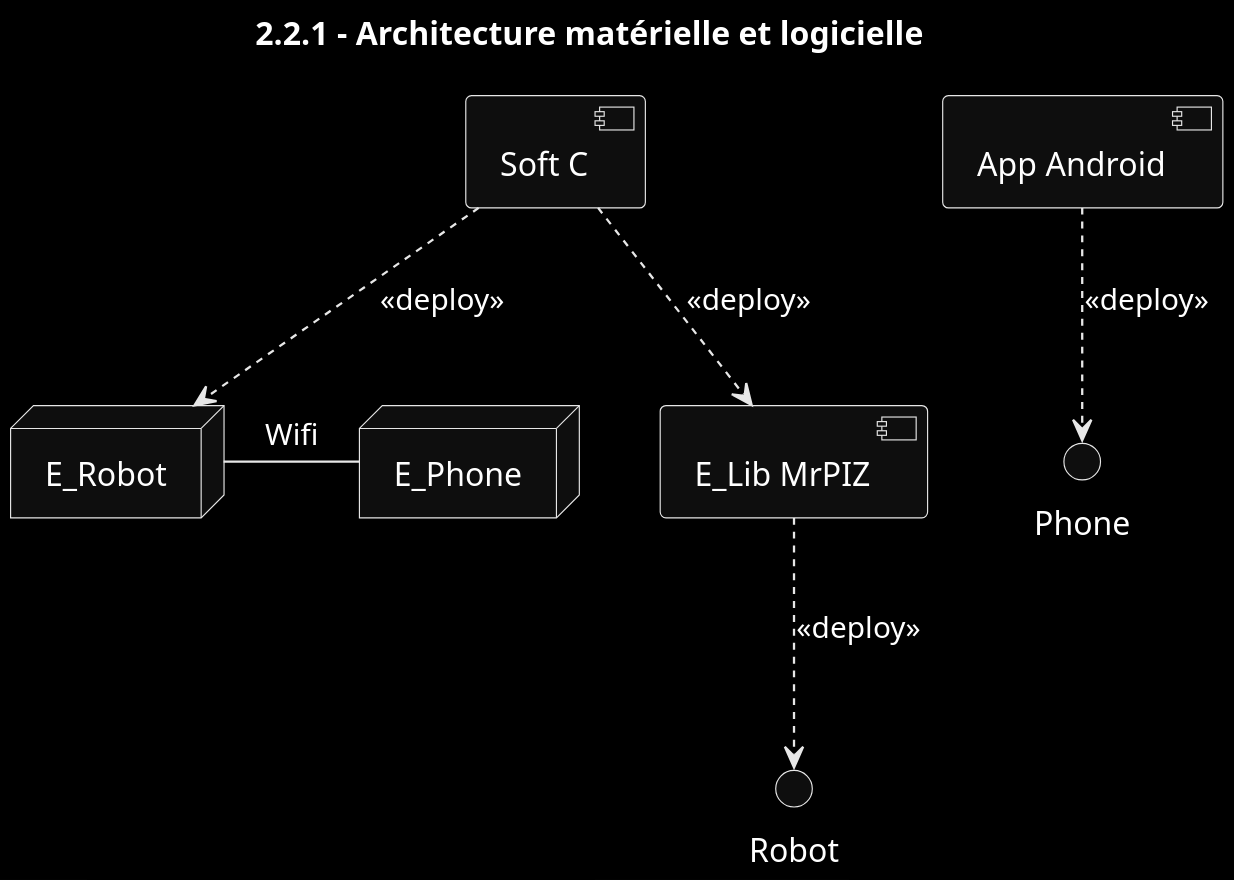
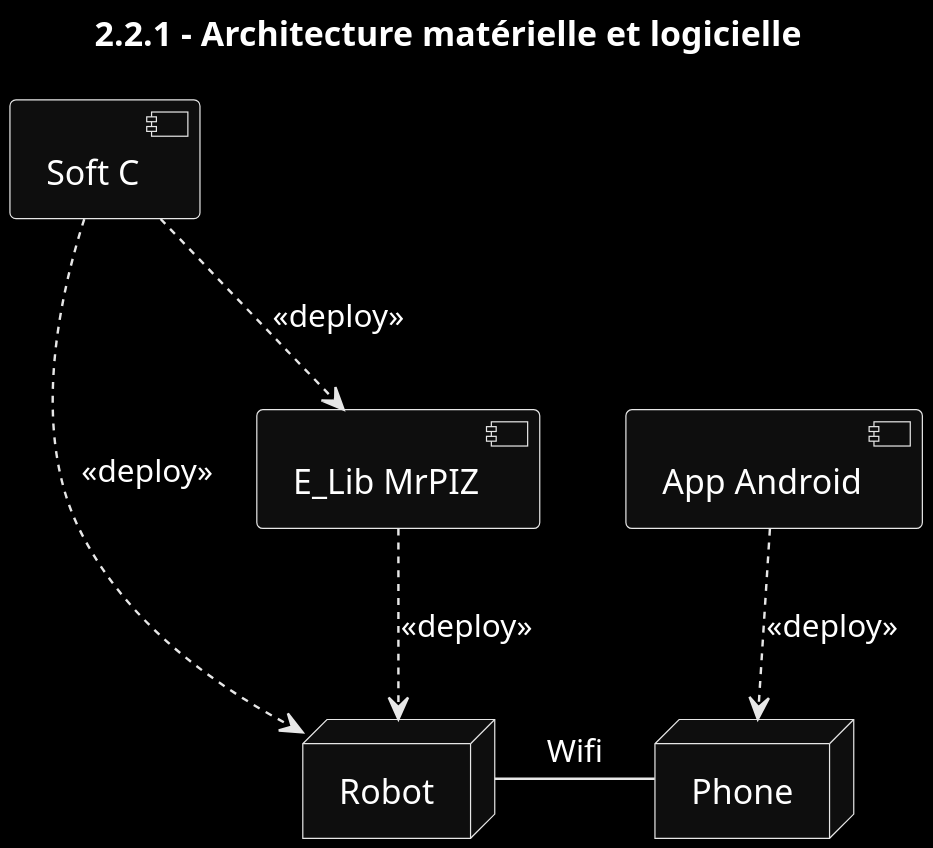
Before and after one commit to Larson-09/PATO_Project: the diagram in Diagrammes UML/2.2.1 - Architecture matérielle et logicielle/2.2.1 - Architecture matérielle et logicielle.puml, drawn with PlantUML.

Commit message:
correction du diagrame d'architecture matériel

```diff
--- a/Diagrammes UML/2.2.1 - Architecture matérielle et logicielle/2.2.1 - Architecture matérielle et logicielle.puml
+++ b/Diagrammes UML/2.2.1 - Architecture matérielle et logicielle/2.2.1 - Architecture matérielle et logicielle.puml
@@ -1,13 +1,13 @@
 @startuml
 title 2.2.1 - Architecture matérielle et logicielle
 skinparam shadowing false
 skinparam monochrome reverse
 scale 1280*900
-node E_Robot
-node E_Phone
-E_Robot -r- E_Phone : Wifi
+node Robot
+node Phone
+Robot -r- Phone : Wifi
 [Soft C] ..> [E_Lib MrPIZ] : <<deploy>>
-[Soft C] ..> E_Robot : <<deploy>>
+[Soft C] ..> Robot : <<deploy>>
 [E_Lib MrPIZ] ..> Robot : <<deploy>>
 [App Android] ..> Phone : <<deploy>>
 @enduml
```
